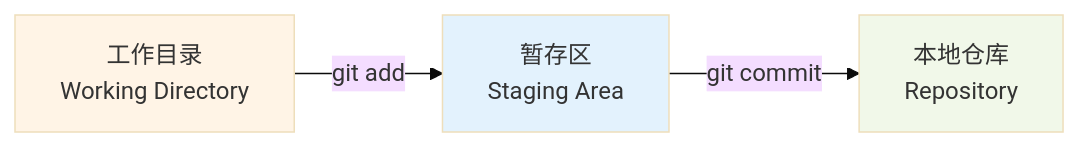
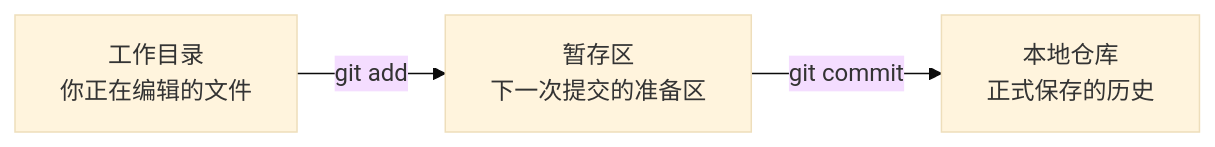
One commit to CaipingPeng/git-tutorial changed the first of 6 diagrams in Git教程系列-01-基础概念.md. Above: the diagram before and after it, drawn with Mermaid (base theme). The commit also changed other lines of this file and 9 other files, not shown here.

````diff
--- a/Git教程系列-01-基础概念.md
+++ b/Git教程系列-01-基础概念.md
@@ -139,9 +145,5 @@
 ```mermaid
-graph LR
-    A[工作目录<br/>Working Directory] -->|git add| B[暂存区<br/>Staging Area]
-    B -->|git commit| C[本地仓库<br/>Repository]
-
-    style A fill:#fff4e6
-    style B fill:#e3f2fd
-    style C fill:#f1f8e9
+flowchart LR
+    A[工作目录<br/>你正在编辑的文件] -->|git add| B[暂存区<br/>下一次提交的准备区]
+    B -->|git commit| C[本地仓库<br/>正式保存的历史]
 ```
````
